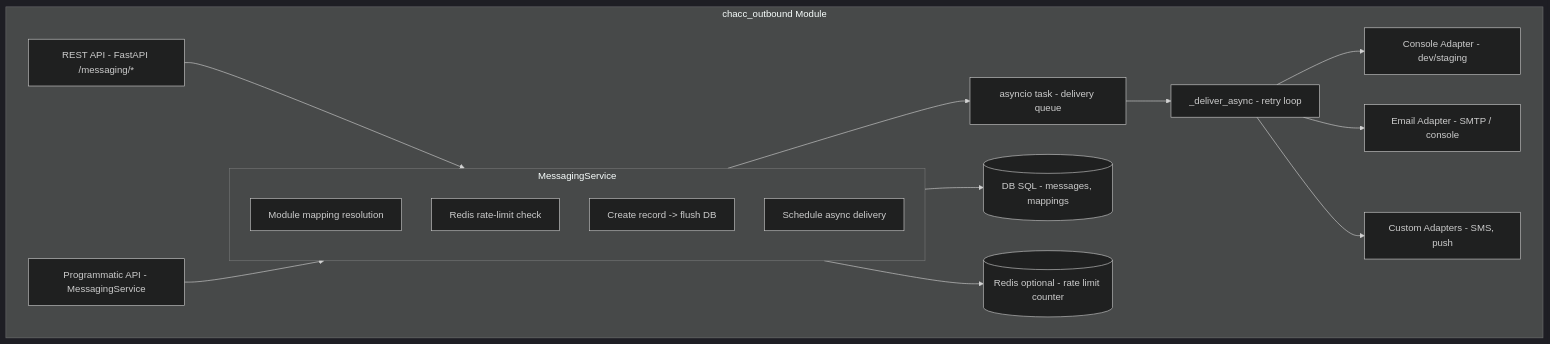
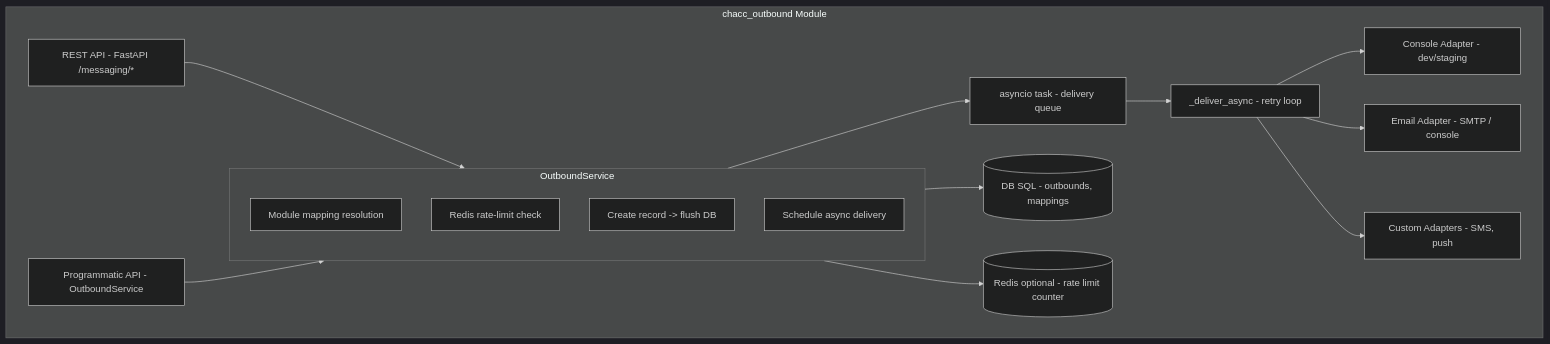
One commit to TNet-Tech/chacc_outbound changed the first of 5 diagrams in README.md. Above: the diagram before and after it, drawn with Mermaid (dark theme). The commit also changed other lines of this file and 5 other files, not shown here.

````diff
--- a/README.md
+++ b/README.md
@@ -262,33 +243,33 @@
 ```mermaid
 flowchart TD
     subgraph chacc_outbound[chacc_outbound Module]
         REST[REST API - FastAPI /messaging/*]
-        PROG[Programmatic API - MessagingService]
+        PROG[Programmatic API - OutboundService]
         
-        subgraph Service[MessagingService]
+        subgraph Service[OutboundService]
             T1[Module mapping resolution]
             T2[Redis rate-limit check]
             T3[Create record -> flush DB]
             T4[Schedule async delivery]
         end
         
-        DB[(DB SQL - messages, mappings)]
+        DB[(DB SQL - outbounds, mappings)]
         REDIS[(Redis optional - rate limit counter)]
         TASK[asyncio task - delivery queue]
         DELIVER[_deliver_async - retry loop]
         
         CONSOLE[Console Adapter - dev/staging]
         EMAIL[Email Adapter - SMTP / console]
         CUSTOM[Custom Adapters - SMS, push]
     end
     
     REST --> Service
     PROG --> Service
     Service --> DB
     Service --> REDIS
     Service --> TASK
     TASK --> DELIVER
     DELIVER --> CONSOLE
     DELIVER --> EMAIL
     DELIVER --> CUSTOM
 ```
````
